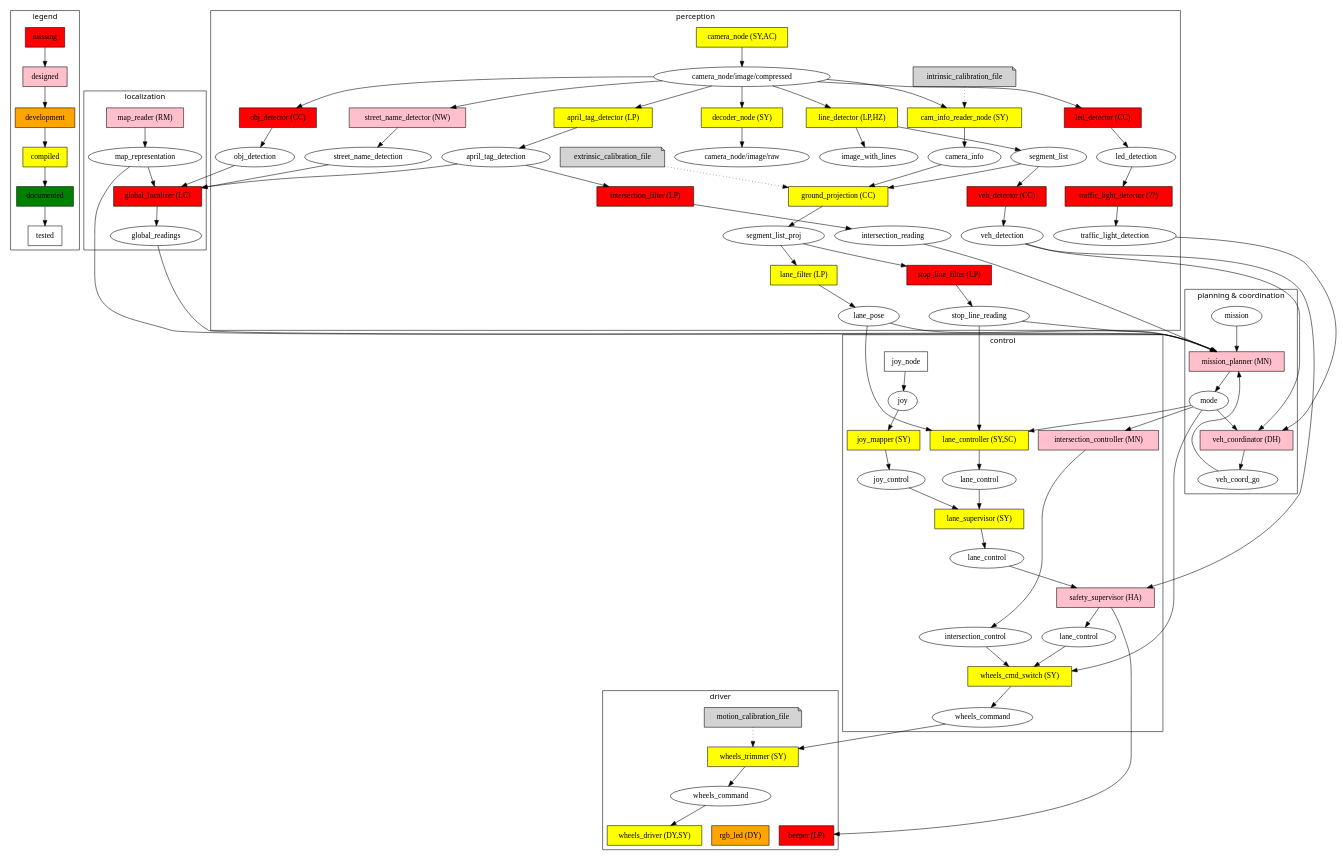
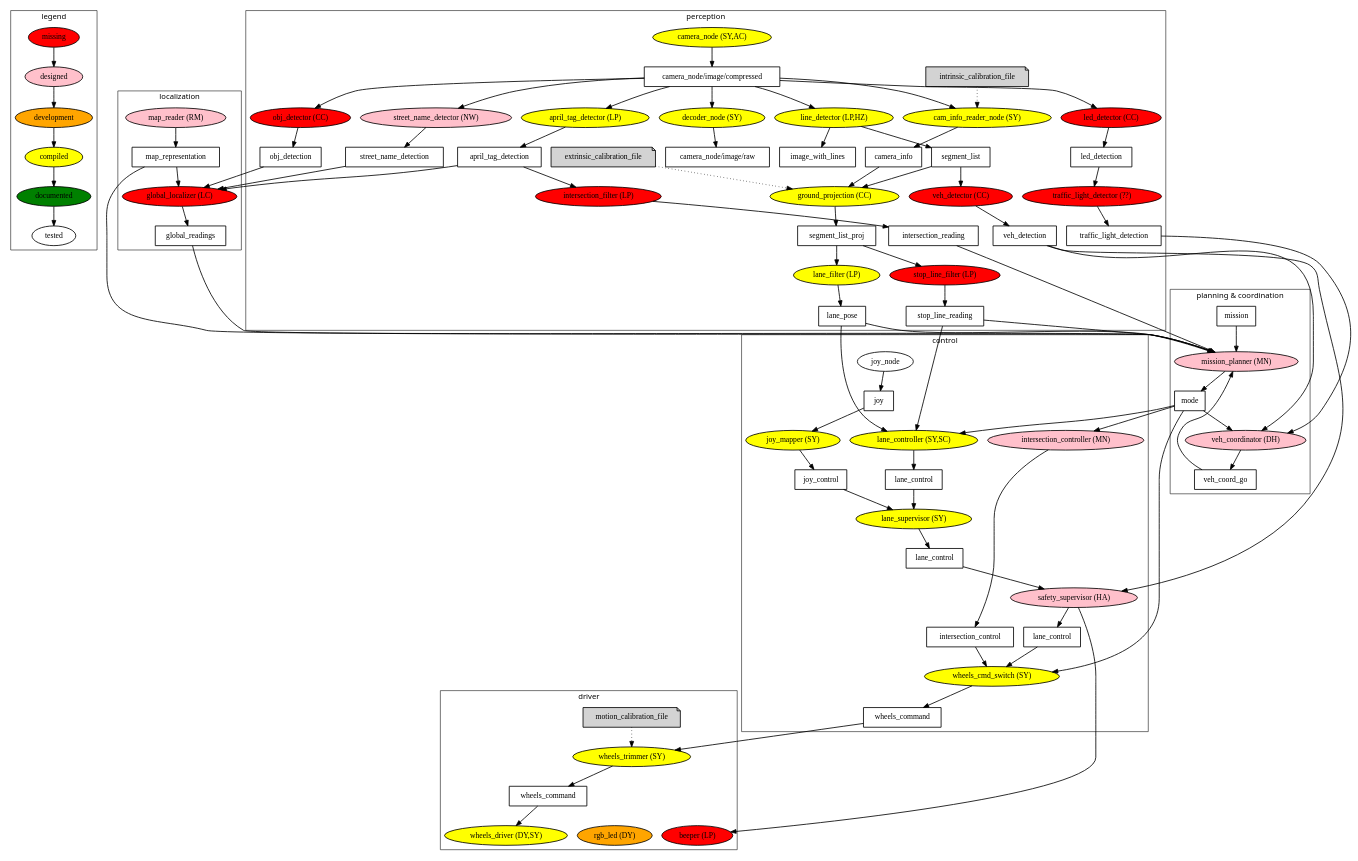
One commit to kungfrank/Knight_car changed the diagram in ros_diagram/Duckietown_ROS_Diagram.dot. Above: the diagram before and after it, drawn with Graphviz.

Commit message:
Fix ros_diagram box and ellipse swap.

```diff
--- a/ros_diagram/Duckietown_ROS_Diagram.dot
+++ b/ros_diagram/Duckietown_ROS_Diagram.dot
@@ -1,12 +1,15 @@
 digraph D {
 	fontname="sans";
+
+	edge [penwidth=1.5]
+	node [penwidth=1.5]
 
 	subgraph cluster_legend{
 		label="legend"
 		// ROS Topics
 		//topic_name;
 		// ROS Nodes
-		node [shape=box,fillcolor=white,style=filled];
+		node [shape=ellipse,fillcolor=white,style=filled];
 		missing [label="missing", fillcolor=red];
 		designed [label="designed", fillcolor=pink];
 		development [label="development", fillcolor=orange];
@@ -21,7 +24,7 @@
 
 
 	// ==== Nodes Definition ==== //
-	node [shape=box,style=filled];
+	node [shape=ellipse,style=filled];
 	subgraph node_missing{
 		node [fillcolor=red];
 		global_localizer[label="global_localizer (LC)"];
@@ -91,7 +94,7 @@
 	//}
 
 	// Topics
-	node [shape=ellipse,style=""];
+	node [shape=box,style=filled,fillcolor=white];
 	//{rank=same; mission; joy; map_representation;}
 	map_representation;
 	//img_low;
```
